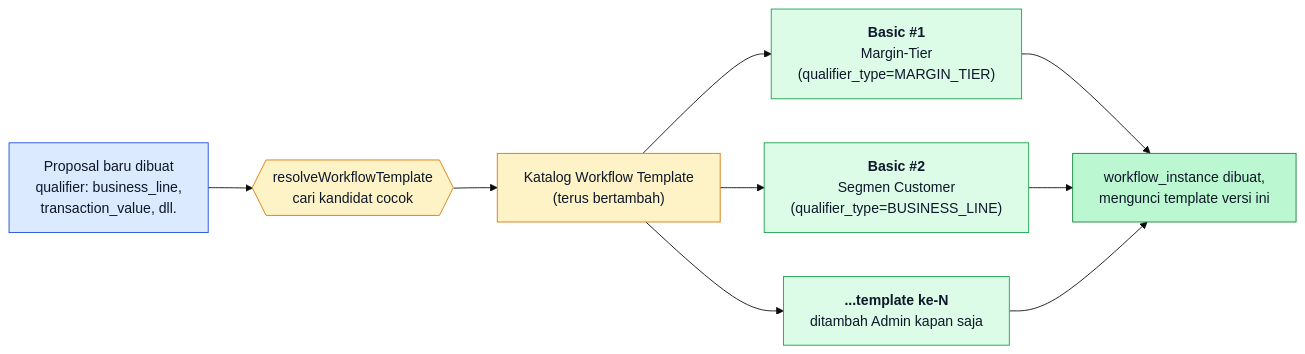
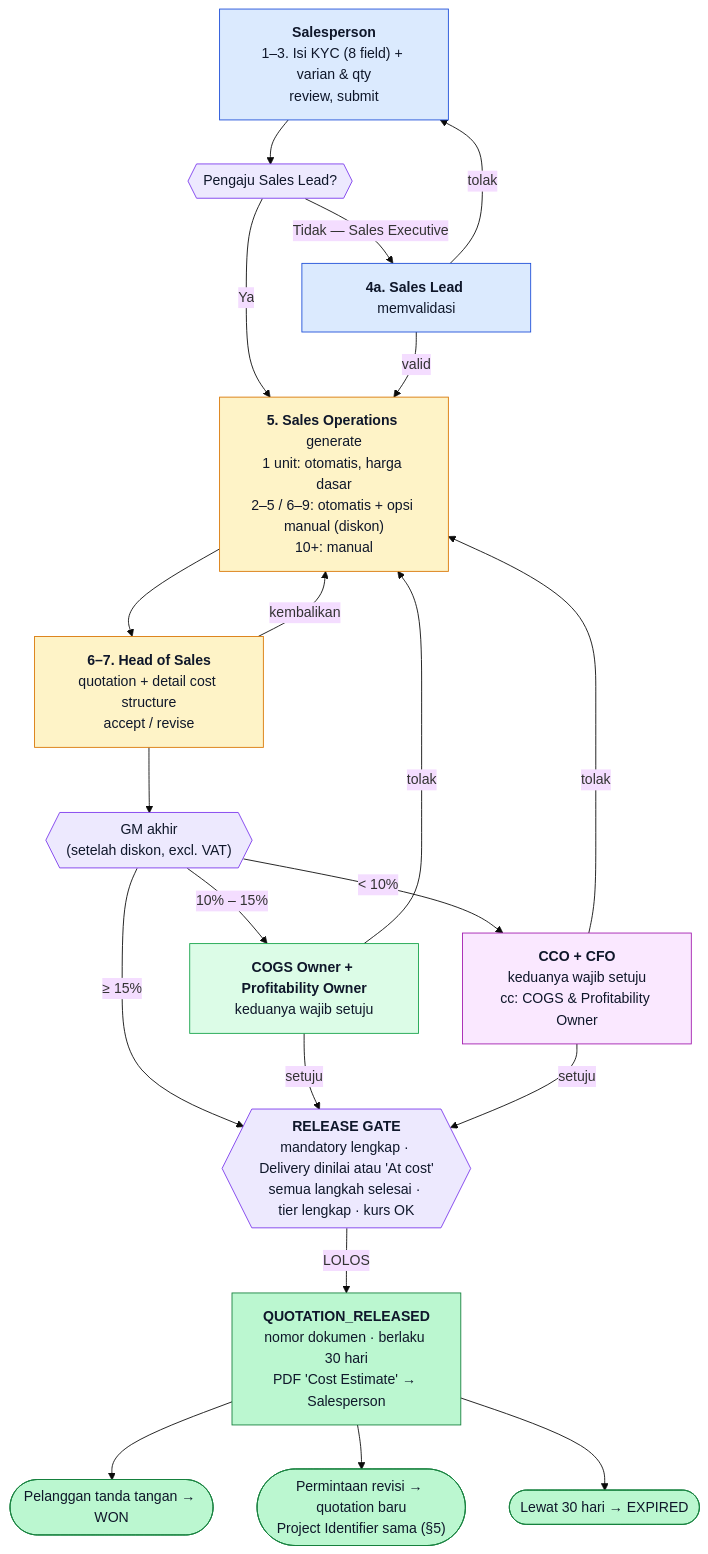
Before and after one commit to vince123890/dssvktr: the third of 4 diagrams in docs/DEMO-FLOW-OVERVIEW.md, drawn with Mermaid (base theme). The commit also changed other lines of this file and 7 other files, not shown here.

````diff
--- a/docs/DEMO-FLOW-OVERVIEW.md
+++ b/docs/DEMO-FLOW-OVERVIEW.md
@@ -175,24 +124,41 @@
 ```mermaid
-flowchart LR
-    A["Proposal baru dibuat<br/>qualifier: business_line,<br/>transaction_value, dll."] --> B{{"resolveWorkflowTemplate<br/>cari kandidat cocok"}}
+flowchart TD
+    A["<b>Salesperson</b><br/>1–3. Isi KYC (8 field) + varian & qty<br/>review, submit"] --> V{{"Pengaju Sales Lead?"}}
+    V -->|Tidak — Sales Executive| SL["<b>4a. Sales Lead</b> memvalidasi"]
+    V -->|Ya| SO
+    SL -->|tolak| A
+    SL -->|valid| SO["<b>5. Sales Operations</b> generate<br/>1 unit: otomatis, harga dasar<br/>2–5 / 6–9: otomatis + opsi manual (diskon)<br/>10+: manual"]
 
-    B --> C["Katalog Workflow Template<br/>(terus bertambah)"]
+    SO --> HS["<b>6–7. Head of Sales</b><br/>quotation + detail cost structure<br/>accept / revise"]
+    HS -->|kembalikan| SO
 
-    C --> D["<b>Basic #1</b><br/>Margin-Tier<br/>(qualifier_type=MARGIN_TIER)"]
-    C --> E["<b>Basic #2</b><br/>Segmen Customer<br/>(qualifier_type=BUSINESS_LINE)"]
-    C --> F["<b>...template ke-N</b><br/>ditambah Admin kapan saja"]
+    HS --> T{{"GM akhir<br/>(setelah diskon, excl. VAT)"}}
+    T -->|"≥ 15%"| G
+    T -->|"10% – 15%"| T2["<b>COGS Owner + Profitability Owner</b><br/>keduanya wajib setuju"]
+    T -->|"< 10%"| T3["<b>CCO + CFO</b><br/>keduanya wajib setuju<br/>cc: COGS & Profitability Owner"]
 
-    D --> G["workflow_instance dibuat,<br/>mengunci template versi ini"]
-    E --> G
-    F --> G
+    T2 -->|setuju| G
+    T3 -->|setuju| G
+    T2 -->|tolak| SO
+    T3 -->|tolak| SO
 
-    classDef input fill:#dbeafe,stroke:#1d4ed8,color:#0f172a
-    classDef cat fill:#fef3c7,stroke:#d97706,color:#0f172a
-    classDef tpl fill:#dcfce7,stroke:#16a34a,color:#0f172a
-    classDef out fill:#bbf7d0,stroke:#15803d,color:#0f172a
+    G{{"<b>RELEASE GATE</b><br/>mandatory lengkap · Delivery dinilai atau 'At cost'<br/>semua langkah selesai · tier lengkap · kurs OK"}}
+    G -->|LOLOS| R["<b>QUOTATION_RELEASED</b><br/>nomor dokumen · berlaku 30 hari<br/>PDF 'Cost Estimate' → Salesperson"]
 
-    class A input
-    class B,C cat
-    class D,E,F tpl
-    class G out
+    R --> W(["Pelanggan tanda tangan → WON"])
+    R --> RV(["Permintaan revisi → quotation baru<br/>Project Identifier sama (§5)"])
+    R --> EX(["Lewat 30 hari → EXPIRED"])
+
+    classDef sales fill:#dbeafe,stroke:#1d4ed8,color:#0f172a
+    classDef ops fill:#fef3c7,stroke:#d97706,color:#0f172a
+    classDef owner fill:#dcfce7,stroke:#16a34a,color:#0f172a
+    classDef pc fill:#fae8ff,stroke:#a21caf,color:#0f172a
+    classDef gate fill:#ede9fe,stroke:#7c3aed,color:#0f172a
+    classDef ok fill:#bbf7d0,stroke:#15803d,color:#0f172a
+    class A,SL sales
+    class SO,HS ops
+    class T2 owner
+    class T3 pc
+    class V,T,G gate
+    class R,W,RV,EX ok
 ```
````
